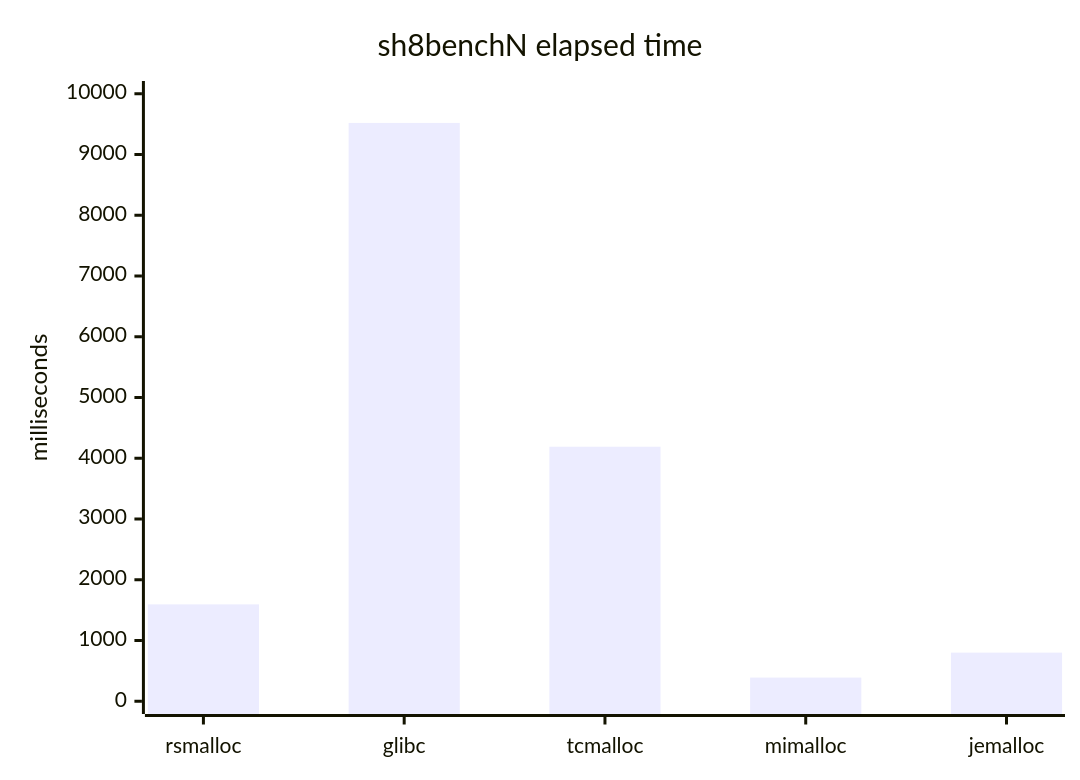
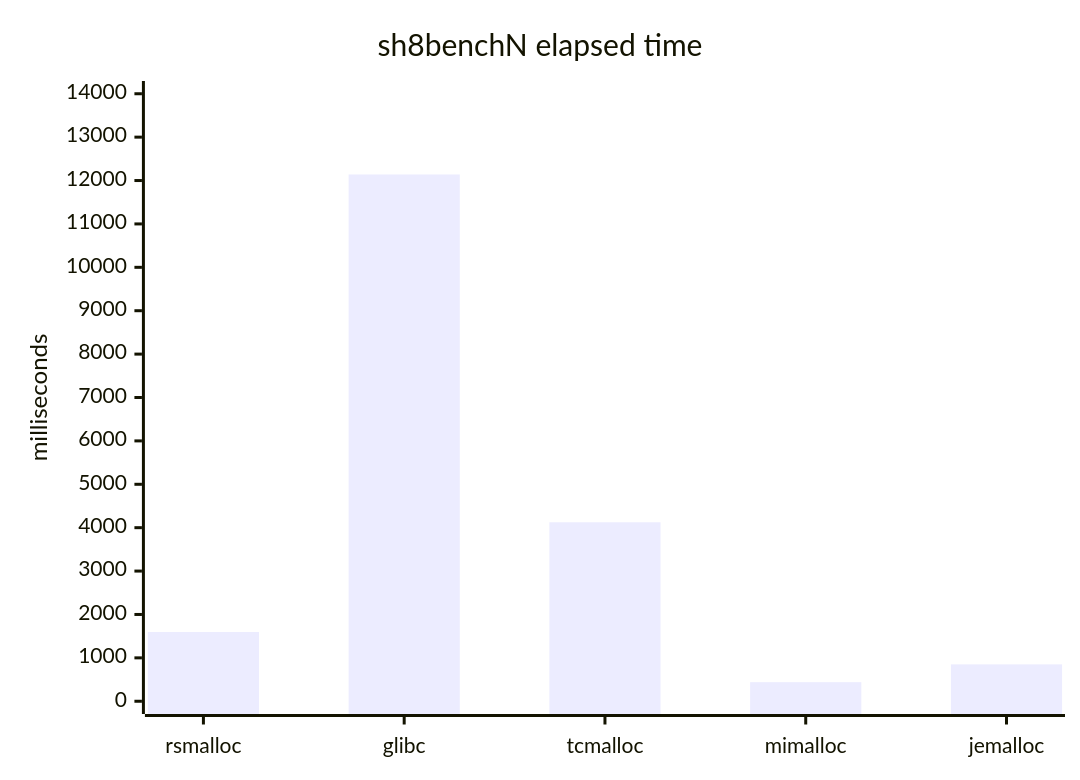
The seventh of 8 diagrams in benchmarks/benchmarks.md (Metehan120/rsmalloc), drawn with Mermaid before and after one commit. The commit also changed other lines of this file and 3 other files, not shown here.

````diff
--- a/benchmarks/benchmarks.md
+++ b/benchmarks/benchmarks.md
@@ -132,7 +132,7 @@
 ```mermaid
 xychart-beta
     title "sh8benchN elapsed time"
     x-axis [rsmalloc, glibc, tcmalloc, mimalloc, jemalloc]
-    y-axis "milliseconds" 0 --> 10000
-    bar [1595, 9520, 4190, 390, 800]
+    y-axis "milliseconds" 0 --> 14000
+    bar [1595, 12140, 4125, 440, 850]
 ```
````
